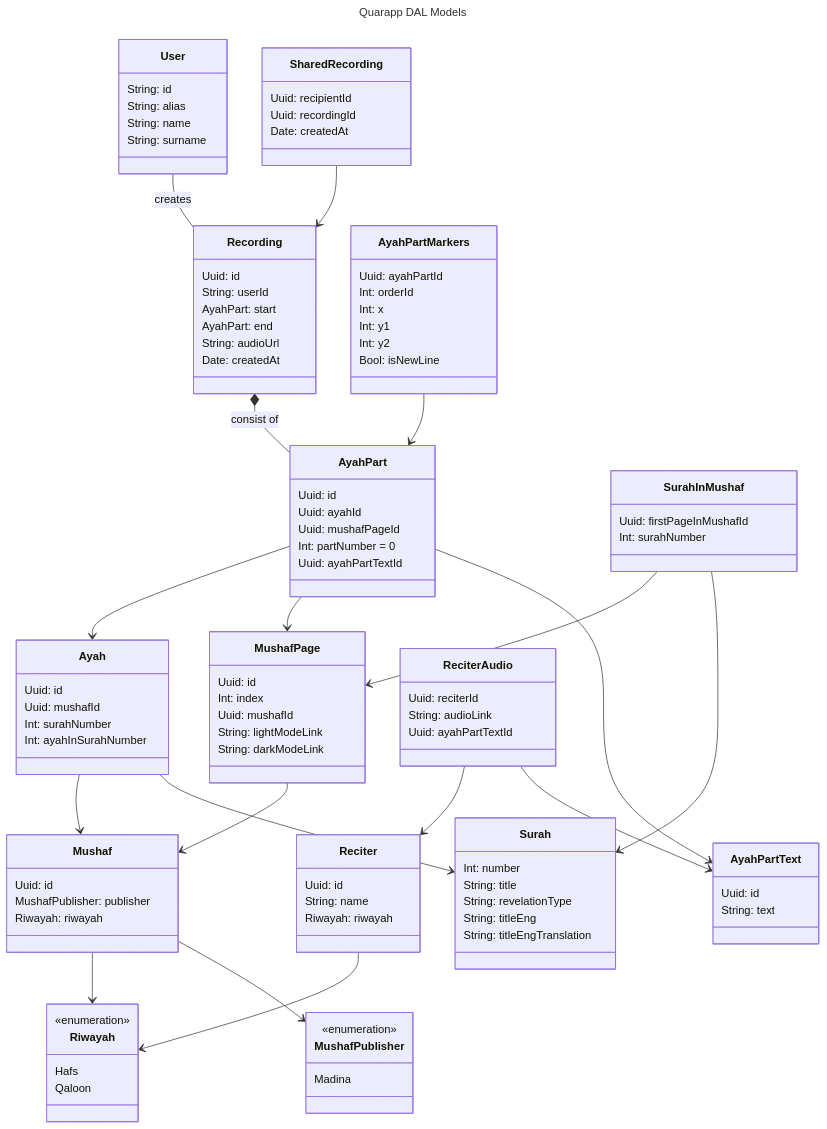
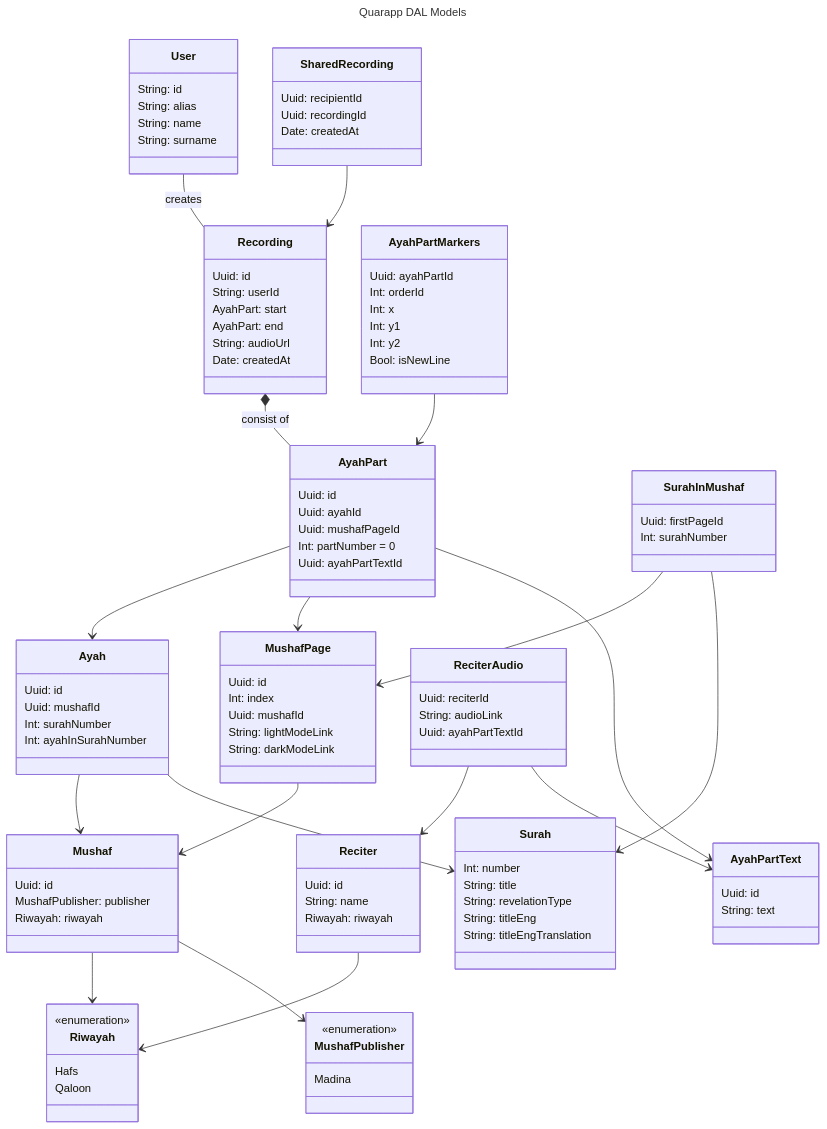
The diagram in models_mvp_v2.mmd (CrowdsourcingApps/QuaranApp_Backend), drawn with Mermaid before and after one commit. The commit also changed 10 other files, not shown here.

```diff
--- a/models_mvp_v2.mmd
+++ b/models_mvp_v2.mmd
@@ -1,107 +1,107 @@
 ---
 title: Quarapp DAL Models
 ---
 classDiagram
 class Riwayah {
     <<enumeration>>
     Hafs
     Qaloon
 }
 class MushafPublisher {
     <<enumeration>>
     Madina
 }
 class User {
     String: id
     String: alias
     String: name
     String: surname
 }
 class Mushaf {
     Uuid: id
     MushafPublisher: publisher
     Riwayah: riwayah
 }
 class Surah {
     Int: number
     String: title
     String: revelationType
     String: titleEng
     String: titleEngTranslation
 }
 class MushafPage {
     Uuid: id
     Int: index
     Uuid: mushafId
     String: lightModeLink
     String: darkModeLink
 }
 class Ayah {
     Uuid: id
     Uuid: mushafId
     Int: surahNumber
     Int: ayahInSurahNumber
 }
 class AyahPart {
     Uuid: id
     Uuid: ayahId
     Uuid: mushafPageId
     Int: partNumber = 0
     Uuid: ayahPartTextId
 }
 class SurahInMushaf {
-    Uuid: firstPageInMushafId
+    Uuid: firstPageId
     Int: surahNumber
 }
 class Recording {
     Uuid: id
     String: userId
     AyahPart: start
     AyahPart: end 
     String: audioUrl
     Date: createdAt
 }
 class SharedRecording {
     Uuid: recipientId
     Uuid: recordingId
     Date: createdAt
 }
 class AyahPartMarkers {
     Uuid: ayahPartId
     Int: orderId
     Int: x
     Int: y1
     Int: y2
     Bool: isNewLine
 }
 class Reciter {
     Uuid: id
     String: name
     Riwayah: riwayah
 }
 class ReciterAudio {
     Uuid: reciterId
     String: audioLink
     Uuid: ayahPartTextId
 }
 class AyahPartText {
     Uuid: id
     String: text
 }
 Recording *-- AyahPart: consist of
 User -- Recording: creates
 AyahPart --> Ayah
 AyahPart --> MushafPage
 AyahPart --> AyahPartText
 Ayah --> Mushaf
 Mushaf --> Riwayah
 Mushaf --> MushafPublisher
 SharedRecording --> Recording
 AyahPartMarkers --> AyahPart
 MushafPage --> Mushaf
 SurahInMushaf --> MushafPage
 SurahInMushaf --> Surah
 Reciter --> Riwayah
 ReciterAudio --> Reciter
 ReciterAudio --> AyahPartText
 Ayah --> Surah
```
